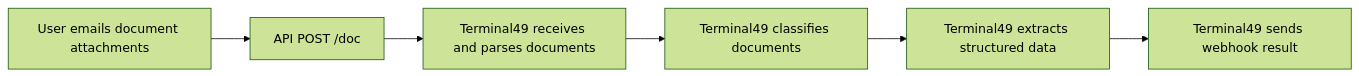
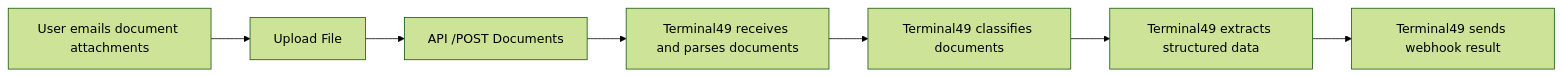
The diagram in docs/api-docs/in-depth-guides/document-processing-workflows.mdx (Terminal49/API), drawn with Mermaid (forest theme) before and after one commit. The commit also changed other lines of this file, not shown here.

Commit message:
Update sidebar title for document processing workflows
Mintlify-Source: dashboard-editor

````diff
--- a/docs/api-docs/in-depth-guides/document-processing-workflows.mdx
+++ b/docs/api-docs/in-depth-guides/document-processing-workflows.mdx
@@ -20,8 +20,8 @@
 ```mermaid
 flowchart LR
-    A[User emails document attachments] --> B[API POST /doc] 
-    B --> C[Terminal49 receives and parses documents]
-    C --> D[Terminal49 classifies documents]
-    D --> E[Terminal49 extracts structured data]
-    E --> F[Terminal49 sends webhook result]
+    A[User emails document attachments] --> B[Upload File] --> C[API /POST Documents] 
+    C --> D[Terminal49 receives and parses documents]
+    D --> E[Terminal49 classifies documents]
+    E --> F[Terminal49 extracts structured data]
+    F --> G[Terminal49 sends webhook result]
 ```
````
